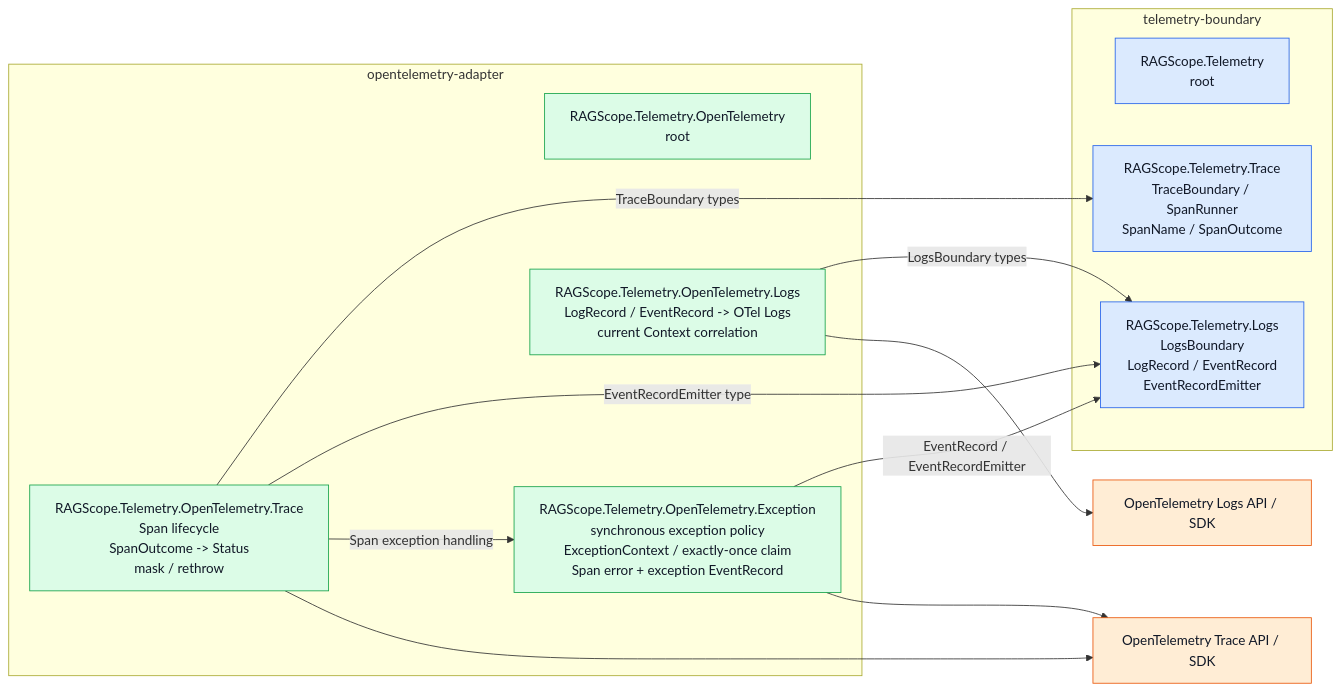
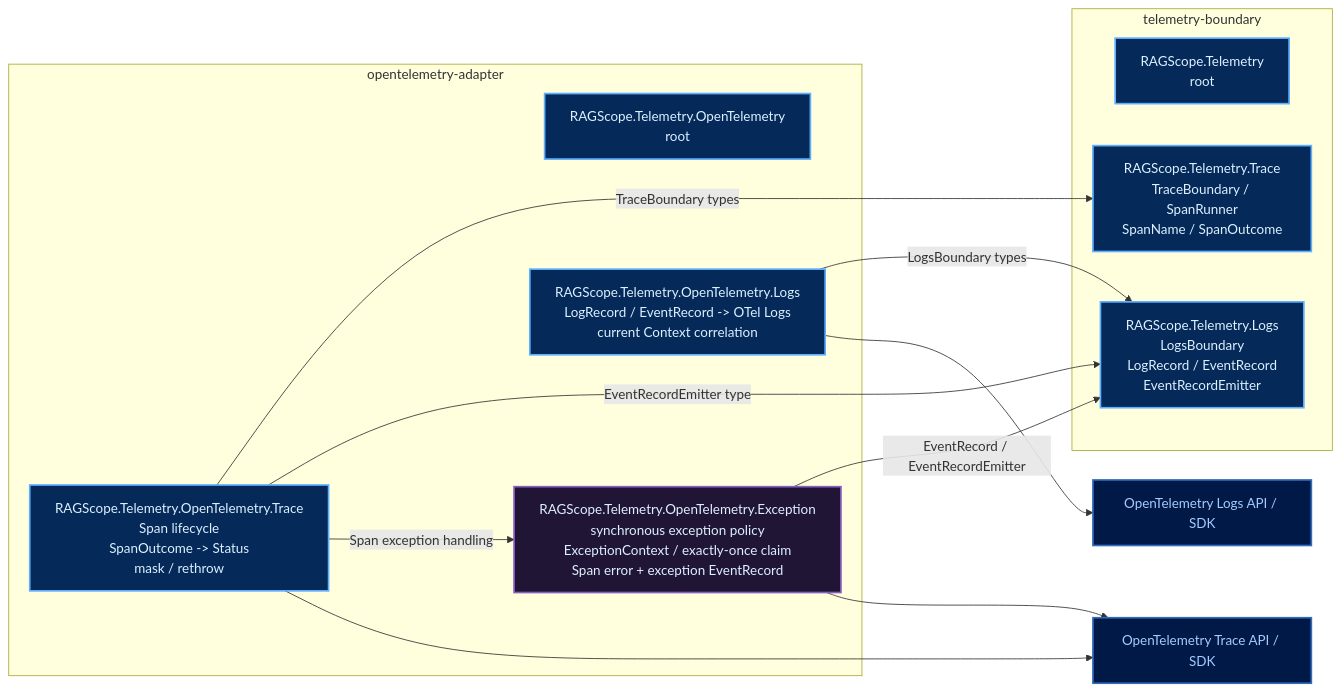
One commit to takashit16833/Workbench changed the second of 4 diagrams in Notes/RAGScope/RAGScopeアプリケーション/RAGScopeアプリケーション Haskellライブラリ・モジュールマップ.md. Above: the diagram before and after it, drawn with Mermaid. The commit also changed other lines of this file, not shown here.

Commit message:
Mermaid色分けルールに合わせて修正

````diff
--- a/Notes/RAGScope/RAGScopeアプリケーション/RAGScopeアプリケーション Haskellライブラリ・モジュールマップ.md
+++ b/Notes/RAGScope/RAGScopeアプリケーション/RAGScopeアプリケーション Haskellライブラリ・モジュールマップ.md
@@ -47,33 +46,33 @@
 ```mermaid
 flowchart LR
   subgraph boundary["telemetry-boundary"]
-    telemetry["RAGScope.Telemetry\nroot"]
-    traceBoundary["RAGScope.Telemetry.Trace\nTraceBoundary / SpanRunner\nSpanName / SpanOutcome"]
-    logsBoundary["RAGScope.Telemetry.Logs\nLogsBoundary\nLogRecord / EventRecord\nEventRecordEmitter"]
+    telemetry["RAGScope.Telemetry<br>root"]
+    traceBoundary["RAGScope.Telemetry.Trace<br>TraceBoundary / SpanRunner<br>SpanName / SpanOutcome"]
+    logsBoundary["RAGScope.Telemetry.Logs<br>LogsBoundary<br>LogRecord / EventRecord<br>EventRecordEmitter"]
   end
 
   subgraph adapter["opentelemetry-adapter"]
-    otelRoot["RAGScope.Telemetry.OpenTelemetry\nroot"]
-    otelTrace["RAGScope.Telemetry.OpenTelemetry.Trace\nSpan lifecycle\nSpanOutcome -> Status\nmask / rethrow"]
-    otelException["RAGScope.Telemetry.OpenTelemetry.Exception\nsynchronous exception policy\nExceptionContext / exactly-once claim\nSpan error + exception EventRecord"]
-    otelLogs["RAGScope.Telemetry.OpenTelemetry.Logs\nLogRecord / EventRecord -> OTel Logs\ncurrent Context correlation"]
+    otelRoot["RAGScope.Telemetry.OpenTelemetry<br>root"]
+    otelTrace["RAGScope.Telemetry.OpenTelemetry.Trace<br>Span lifecycle<br>SpanOutcome -> Status<br>mask / rethrow"]
+    otelException["RAGScope.Telemetry.OpenTelemetry.Exception<br>synchronous exception policy<br>ExceptionContext / exactly-once claim<br>Span error + exception EventRecord"]
+    otelLogs["RAGScope.Telemetry.OpenTelemetry.Logs<br>LogRecord / EventRecord -> OTel Logs<br>current Context correlation"]
   end
 
   otelTrace -->|TraceBoundary types| traceBoundary
   otelTrace -->|EventRecordEmitter type| logsBoundary
   otelTrace -->|Span exception handling| otelException
   otelException -->|EventRecord / EventRecordEmitter| logsBoundary
   otelLogs -->|LogsBoundary types| logsBoundary
 
   otelTrace --> otelTraceSdk["OpenTelemetry Trace API / SDK"]
   otelException --> otelTraceSdk
   otelLogs --> otelLogsSdk["OpenTelemetry Logs API / SDK"]
 
-  classDef boundaryStyle fill:#dbeafe,stroke:#2563eb,color:#111827
-  classDef adapterStyle fill:#dcfce7,stroke:#16a34a,color:#111827
-  classDef externalStyle fill:#ffedd5,stroke:#ea580c,color:#111827
+  classDef public fill:#052A59,stroke:#5EAFFF,color:#DDF0FF,stroke-width:2px
+  classDef private fill:#211536,stroke:#8A5EC0,color:#DDF0FF,stroke-width:2px
+  classDef external fill:#001947,stroke:#316CBD,color:#A6CAFF,stroke-width:2px
 
-  class telemetry,traceBoundary,logsBoundary boundaryStyle
-  class otelRoot,otelTrace,otelException,otelLogs adapterStyle
-  class otelTraceSdk,otelLogsSdk externalStyle
+  class telemetry,traceBoundary,logsBoundary,otelRoot,otelTrace,otelLogs public
+  class otelException private
+  class otelTraceSdk,otelLogsSdk external
 ```
````
